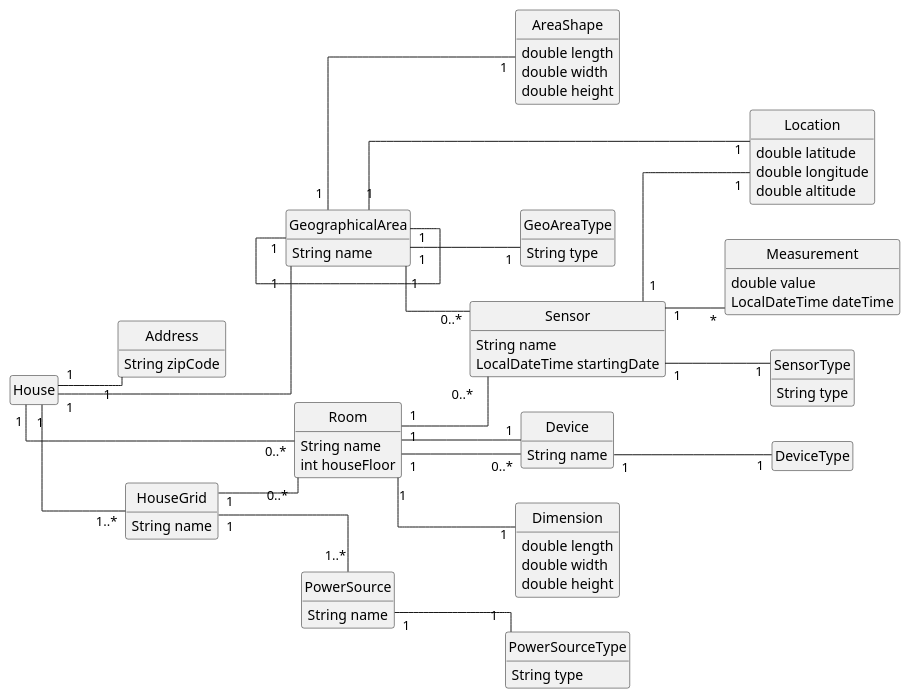
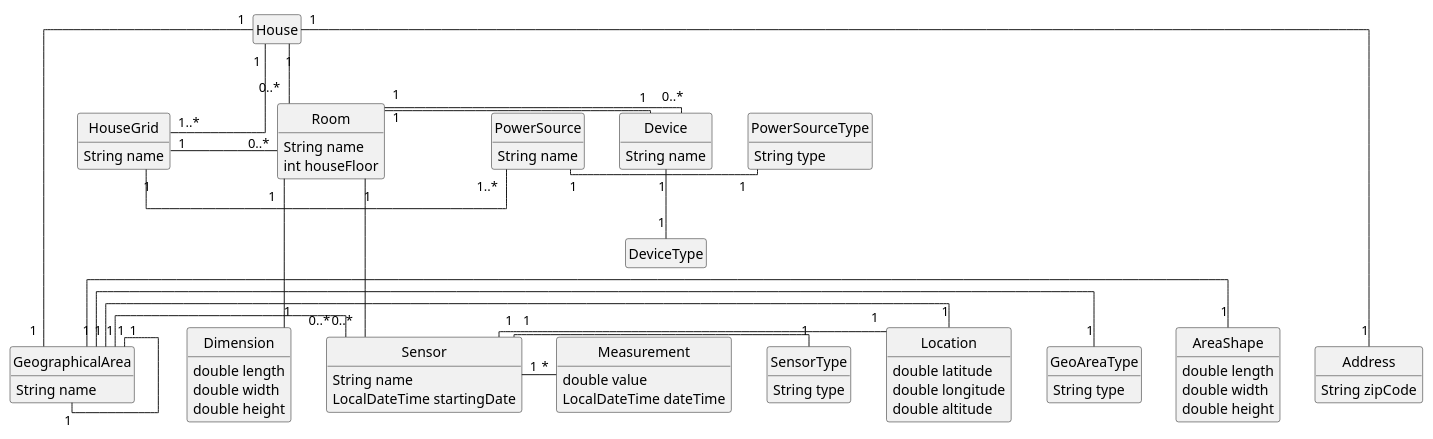
Before and after one commit to 1181687/hateoasToy: the diagram in src/Docs/DomainModel.puml, drawn with PlantUML. The commit also changed 10 other files, not shown here.

```diff
--- a/src/Docs/DomainModel.puml
+++ b/src/Docs/DomainModel.puml
@@ -1,91 +1,90 @@
 @startuml
 skinparam linetype ortho
 hide circle
 hide empty methods
 hide empty attributes
 class SensorType{
 String type
 }
 class Sensor{
 String name
 LocalDateTime startingDate
 }
 class Measurement{
 double value
 LocalDateTime dateTime
 }
 class Location{
 double latitude
 double longitude
 double altitude
 }
 class GeoAreaType{
 String type
 }
 class GeographicalArea{
 String name
 }
 class AreaShape{
 double length
 double width
 double height
 }
 class Address{
 String zipCode
 }
 class House{
 }
 class Room{
 String name
 int houseFloor
 }
 class Dimension{
 double length
 double width
 double height
 }
 class HouseGrid{
 String name
 }
 class PowerSource{
 String name
 }
 class PowerSourceType{
 String type
 }
 class Device{
 String name
 }
 ENUM DeviceType{
 }
 
-left to right direction
+Sensor "1" - "1" SensorType
+Sensor "1" - "*" Measurement
+Sensor "1" - "1" Location
 
-Sensor "1" -- "1" SensorType
-Sensor "1" -- "*" Measurement
-Sensor "1" -- "1" Location
+Room "1" --- "1" Dimension
+Room "1" --- "0..*" Sensor
+Room "1" --- "0..*" Device
 
-Room "1" -- "1" Dimension
-Room "1" -- "0..*" Sensor
-Room "1" -- "0..*" Device
-
-PowerSource "1" -- "1" PowerSourceType
+PowerSource "1" - "1" PowerSourceType
 
 House "1" -- "0..*" Room
 House "1" -- "1..*" HouseGrid
-House "1" -- "1" Address
-House "1" -- "1" GeographicalArea
+House "1" ---- "1" Address
+House "1" ---- "1" GeographicalArea
 
-GeographicalArea "1" -- "1" GeoAreaType
-GeographicalArea "1" -- "1" GeographicalArea
-GeographicalArea "1" -- "1" Location
-GeographicalArea "1" -- "1" AreaShape
-GeographicalArea "1" -- "0..*" Sensor
+GeographicalArea "1" - "1" GeoAreaType
+GeographicalArea "1" - "1" GeographicalArea
+GeographicalArea "1" - "1" Location
+GeographicalArea "1" - "1" AreaShape
+GeographicalArea "1" - "0..*" Sensor
 
-Device "1" -- "1" Room
+Device "1" - "1" Room
 Device "1" -- "1" DeviceType
 
-HouseGrid "1" -- "1..*" PowerSource
-HouseGrid "1" -- "0..*" Room
+HouseGrid "1" - "1..*" PowerSource
+HouseGrid "1" - "0..*" Room
+
 
 @enduml
```
